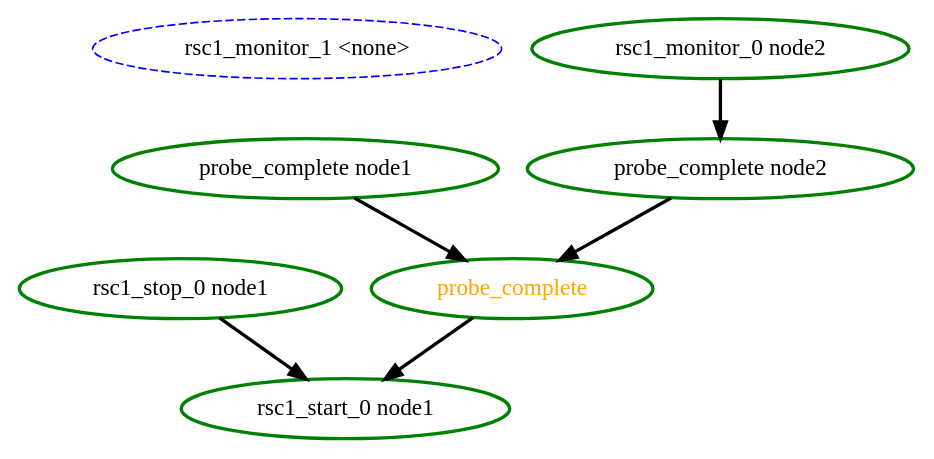
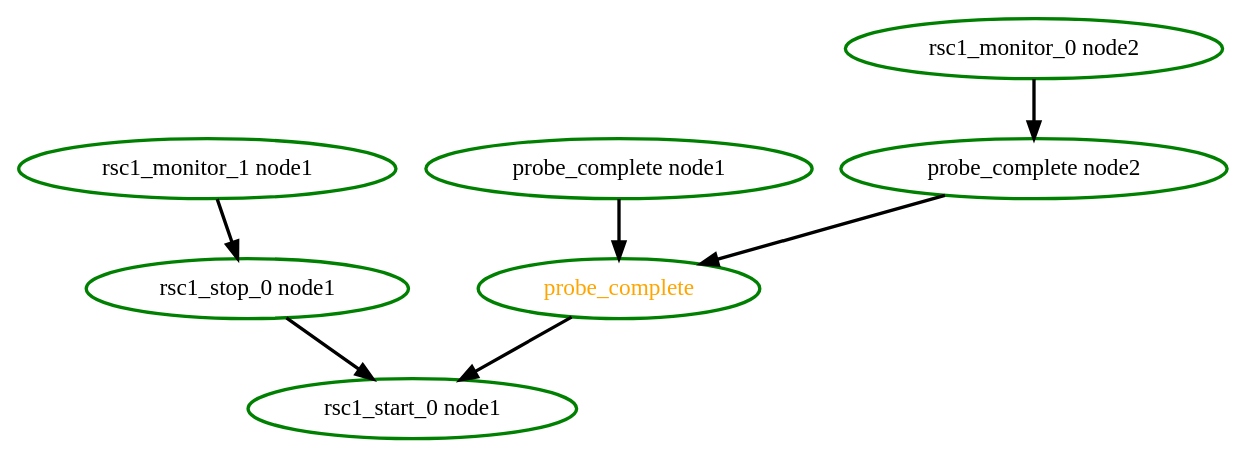
Before and after one commit to richiewen8/heartbeat: the diagram in crm/pengine/testcases/rec-rsc-2.dot, drawn with Graphviz. The commit also changed 92 other files, not shown here.

```diff
--- a/crm/pengine/testcases/rec-rsc-2.dot
+++ b/crm/pengine/testcases/rec-rsc-2.dot
@@ -1,15 +1,16 @@
 digraph "g" {
 	size = "30,30"
-"rsc1_monitor_1 <none>" [ style="dashed" color="blue" fontcolor="black" ]
+"rsc1_monitor_1 node1" [ style=bold color="green" fontcolor="black" ]
 "rsc1_stop_0 node1" [ style=bold color="green" fontcolor="black" ]
 "probe_complete" [ style=bold color="green" fontcolor="orange" ]
 "probe_complete node1" [ style=bold color="green" fontcolor="black" ]
 "probe_complete node2" [ style=bold color="green" fontcolor="black" ]
 "rsc1_monitor_0 node2" [ style=bold color="green" fontcolor="black" ]
 "rsc1_start_0 node1" [ style=bold color="green" fontcolor="black" ]
+"rsc1_monitor_1 node1" -> "rsc1_stop_0 node1" [ style = bold]
 "probe_complete node1" -> "probe_complete" [ style = bold]
 "probe_complete node2" -> "probe_complete" [ style = bold]
 "rsc1_monitor_0 node2" -> "probe_complete node2" [ style = bold]
 "rsc1_stop_0 node1" -> "rsc1_start_0 node1" [ style = bold]
 "probe_complete" -> "rsc1_start_0 node1" [ style = bold]
 }
```
